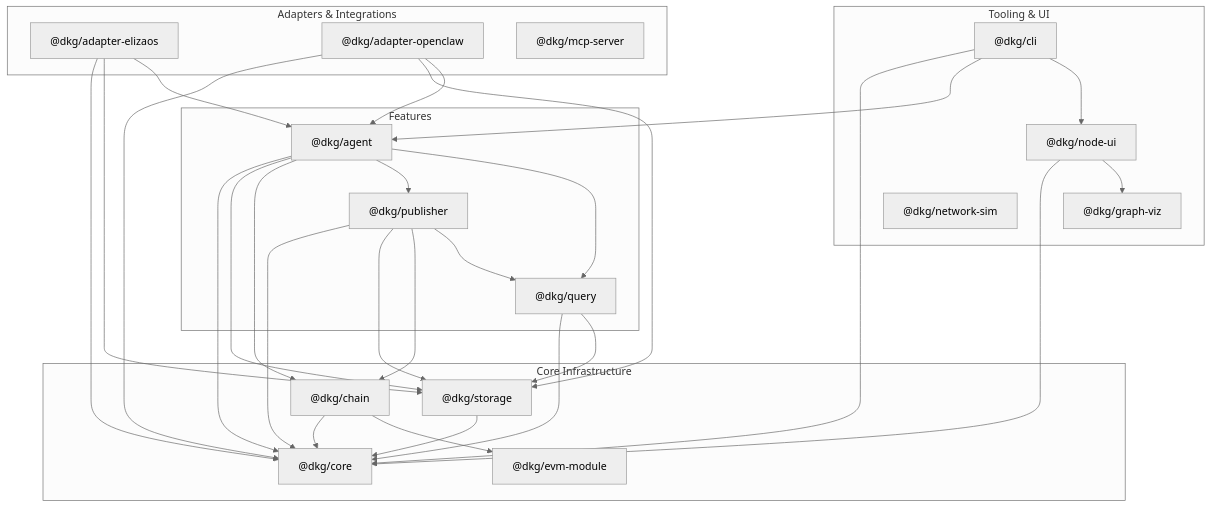
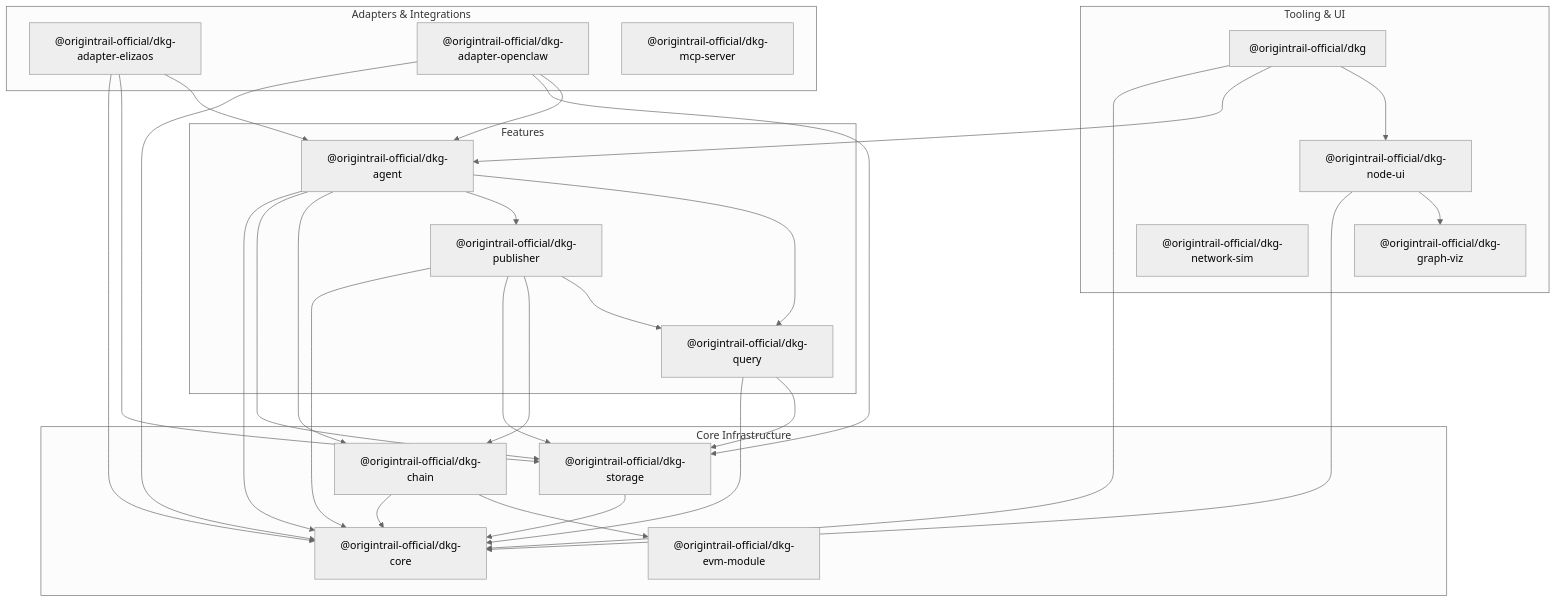
One commit to OriginTrail/dkg-v9 changed the diagram in docs/onboarding/04-package-map.md. Above: the diagram before and after it, drawn with Mermaid (neutral theme). The commit also changed other lines of this file and 170 other files, not shown here.

First line of the commit message:
feat: rename packages to @origintrail-official scope and prepare npm publishing

````diff
--- a/docs/onboarding/04-package-map.md
+++ b/docs/onboarding/04-package-map.md
@@ -32,61 +32,61 @@
 ```mermaid
 graph TD
     subgraph "Core Infrastructure"
-        core["@dkg/core"]
-        storage["@dkg/storage"]
-        chain["@dkg/chain"]
-        evm["@dkg/evm-module"]
+        core["@origintrail-official/dkg-core"]
+        storage["@origintrail-official/dkg-storage"]
+        chain["@origintrail-official/dkg-chain"]
+        evm["@origintrail-official/dkg-evm-module"]
     end
 
     subgraph "Features"
-        query["@dkg/query"]
-        publisher["@dkg/publisher"]
-        agent["@dkg/agent"]
+        query["@origintrail-official/dkg-query"]
+        publisher["@origintrail-official/dkg-publisher"]
+        agent["@origintrail-official/dkg-agent"]
     end
 
     subgraph "Adapters & Integrations"
-        elizaos["@dkg/adapter-elizaos"]
-        openclaw["@dkg/adapter-openclaw"]
-        mcp["@dkg/mcp-server"]
+        elizaos["@origintrail-official/dkg-adapter-elizaos"]
+        openclaw["@origintrail-official/dkg-adapter-openclaw"]
+        mcp["@origintrail-official/dkg-mcp-server"]
     end
 
     subgraph "Tooling & UI"
-        cli["@dkg/cli"]
-        nodeui["@dkg/node-ui"]
-        graphviz["@dkg/graph-viz"]
-        netsim["@dkg/network-sim"]
+        cli["@origintrail-official/dkg"]
+        nodeui["@origintrail-official/dkg-node-ui"]
+        graphviz["@origintrail-official/dkg-graph-viz"]
+        netsim["@origintrail-official/dkg-network-sim"]
     end
 
     %% Core Infrastructure deps
     storage --> core
     chain --> core
     chain --> evm
 
     %% Features deps
     query --> core
     query --> storage
     publisher --> core
     publisher --> storage
     publisher --> chain
     publisher --> query
     agent --> core
     agent --> storage
     agent --> chain
     agent --> publisher
     agent --> query
 
     %% Adapters deps
     elizaos --> core
     elizaos --> storage
     elizaos --> agent
     openclaw --> core
     openclaw --> storage
     openclaw --> agent
 
     %% Tooling deps
     cli --> core
     cli --> agent
     cli --> nodeui
     nodeui --> core
     nodeui --> graphviz
 ```
````
